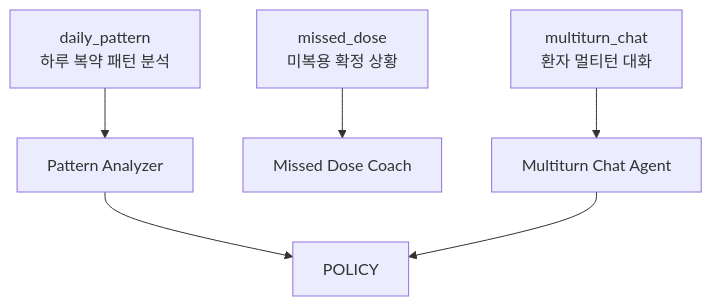
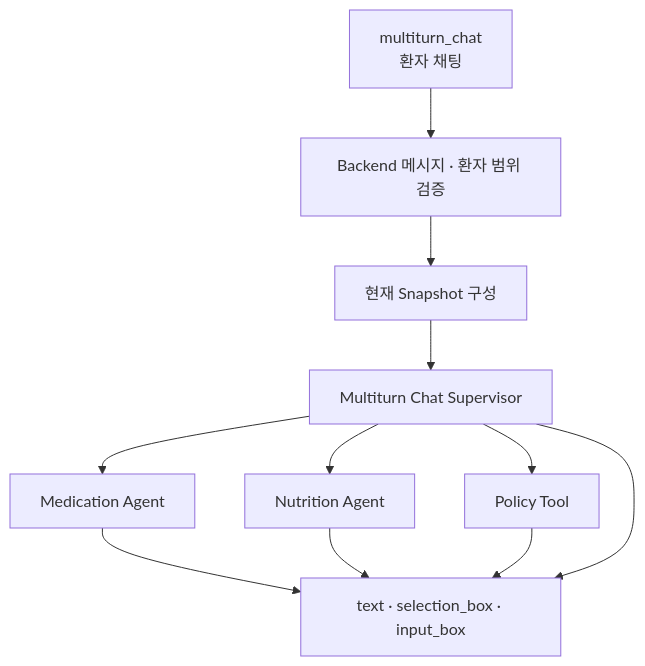
Before and after one commit to DigitalPharm-AI/DrAnswer_Testbed: the second of 5 diagrams in docs/AGENT_SYSTEM_MAP.md, drawn with Mermaid. The commit also changed other lines of this file and 546 other files, not shown here.

````diff
--- a/docs/AGENT_SYSTEM_MAP.md
+++ b/docs/AGENT_SYSTEM_MAP.md
@@ -30,9 +42,20 @@
 ```mermaid
 flowchart TD
-  DAILY["daily_pattern<br/>하루 복약 패턴 분석"] --> PATTERN["Pattern Analyzer"]
-  MISSED["missed_dose<br/>미복용 확정 상황"] --> COACH["Missed Dose Coach"]
-  SYSTEM["multiturn_chat<br/>환자 멀티턴 대화"] --> MULTI["Multiturn Chat Agent"]
+  CHAT["multiturn_chat<br/>환자 채팅"]
+  VERIFY["Backend 메시지 · 환자 범위 검증"]
+  LOAD["현재 Snapshot 구성"]
+  SUPERVISOR["Multiturn Chat Supervisor"]
+  MED["Medication Agent"]
+  NUTRITION["Nutrition Agent"]
+  POLICY["Policy Tool"]
+  FINAL["text · selection_box · input_box"]
 
-  PATTERN --> POLICY
-  MULTI --> POLICY
+  CHAT --> VERIFY --> LOAD --> SUPERVISOR
+  SUPERVISOR --> MED
+  SUPERVISOR --> NUTRITION
+  SUPERVISOR --> POLICY
+  MED --> FINAL
+  NUTRITION --> FINAL
+  POLICY --> FINAL
+  SUPERVISOR --> FINAL
 ```
````
